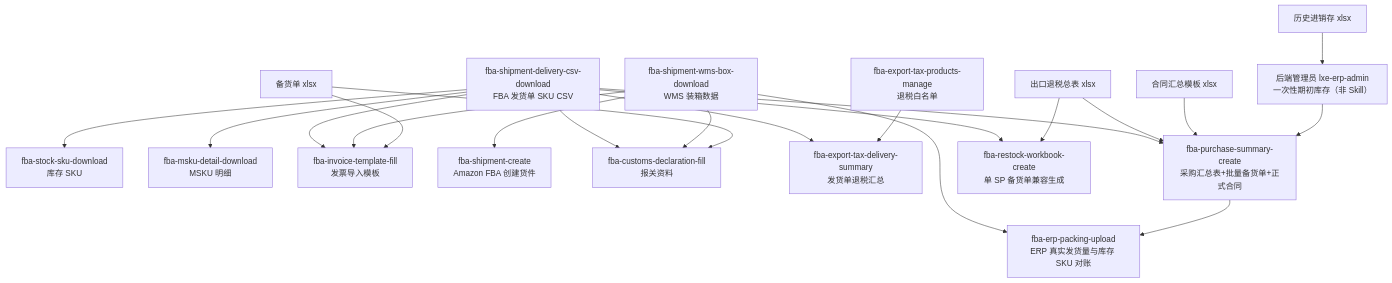
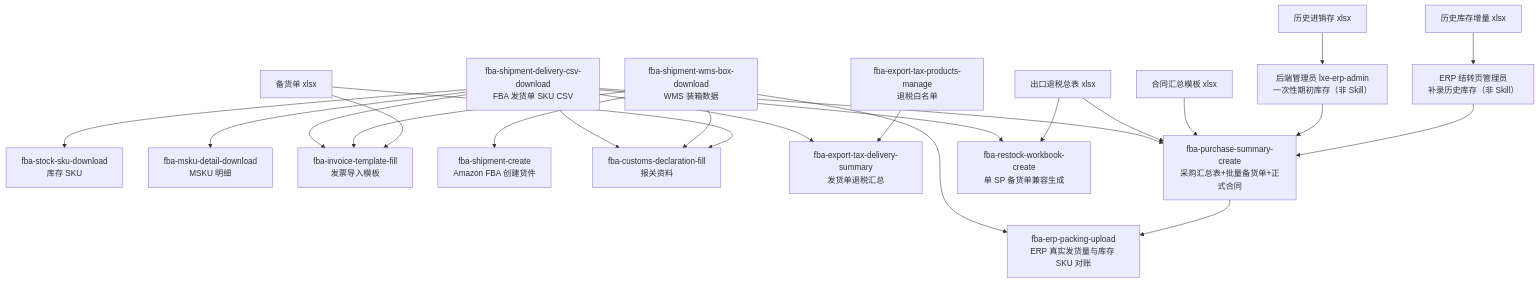
Before and after one commit to LXE123/LXE_AGENT: the diagram in skills/fba-workflow-map/SKILL.md, drawn with Mermaid. The commit also changed other lines of this file and 2 other files, not shown here.

Commit message:
feat: accept manual ERP inventory sources

````diff
--- a/skills/fba-workflow-map/SKILL.md
+++ b/skills/fba-workflow-map/SKILL.md
@@ -26,25 +27,27 @@
 ```mermaid
 flowchart TD
   A["fba-shipment-delivery-csv-download<br/>FBA 发货单 SKU CSV"] --> B["fba-stock-sku-download<br/>库存 SKU"]
   A --> C["fba-msku-detail-download<br/>MSKU 明细"]
   A --> D["fba-invoice-template-fill<br/>发票导入模板"]
 
   E["fba-shipment-wms-box-download<br/>WMS 装箱数据"] --> F["fba-shipment-create<br/>Amazon FBA 创建货件"]
   E --> R["fba-erp-packing-upload<br/>ERP 真实发货量与库存 SKU 对账"]
   E --> D
   L["备货单 xlsx"] --> D
   A --> H["fba-customs-declaration-fill<br/>报关资料"]
   E --> H["fba-customs-declaration-fill<br/>报关资料"]
   L["备货单 xlsx"] --> H
 
   A --> I["fba-export-tax-delivery-summary<br/>发货单退税汇总"]
   J["fba-export-tax-products-manage<br/>退税白名单"] --> I
   A --> M["fba-purchase-summary-create<br/>采购汇总表+批量备货单+正式合同"]
   N["出口退税总表 xlsx"] --> M
   Q["合同汇总模板 xlsx"] --> M
   X["历史进销存 xlsx"] --> Y["后端管理员 lxe-erp-admin<br/>一次性期初库存（非 Skill）"]
   Y --> M
+  Z["历史库存增量 xlsx"] --> W["ERP 结转页管理员<br/>补录历史库存（非 Skill）"]
+  W --> M
   M --> R
   A --> O["fba-restock-workbook-create<br/>单 SP 备货单兼容生成"]
   N --> O
 ```
````
